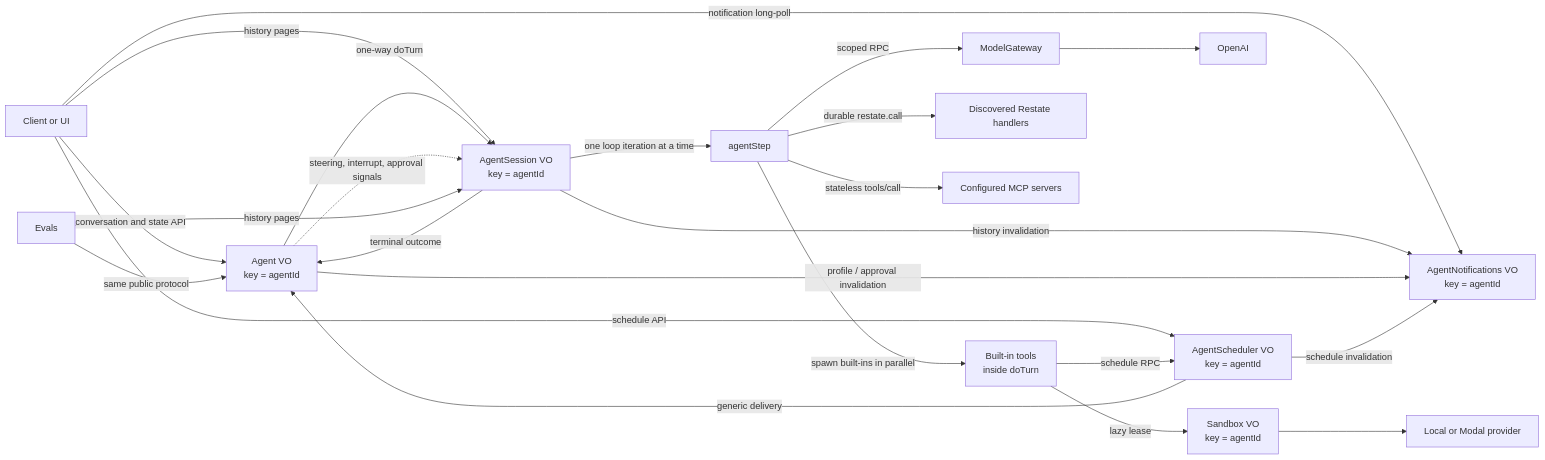
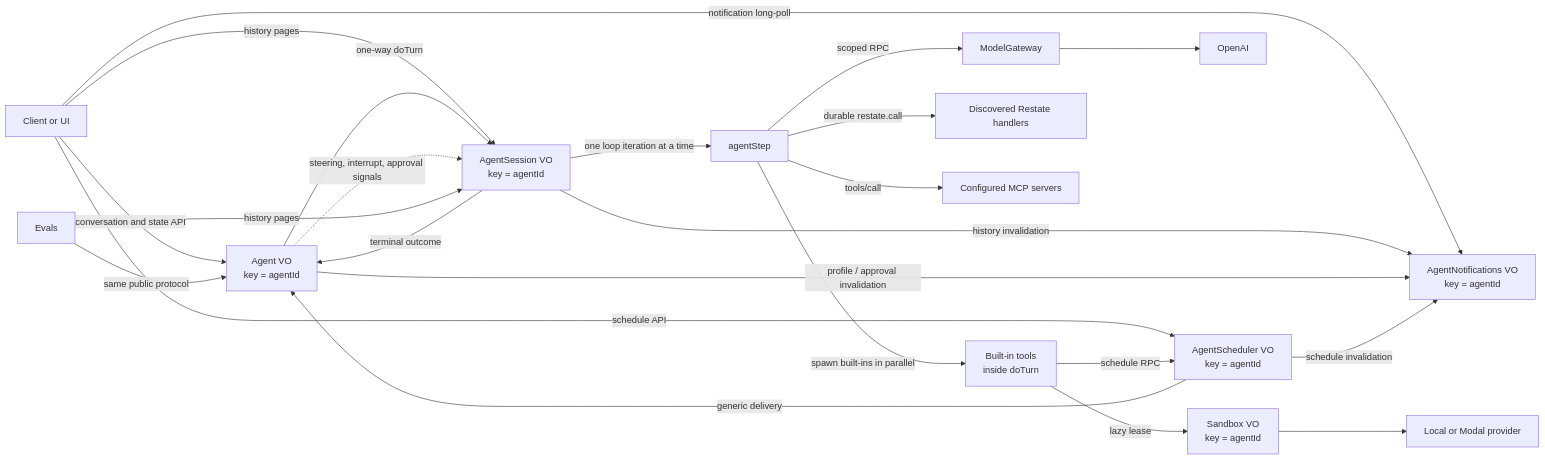
Before and after one commit to restatedev/agent: the diagram in docs/README.md, drawn with Mermaid. The commit also changed other lines of this file and 24 other files, not shown here.

````diff
--- a/docs/README.md
+++ b/docs/README.md
@@ -37,25 +37,25 @@
 ```mermaid
 flowchart LR
   C["Client or UI"] -->|"conversation and state API"| A["Agent VO\nkey = agentId"]
   C -->|"history pages"| S["AgentSession VO\nkey = agentId"]
   C -->|"notification long-poll"| N["AgentNotifications VO\nkey = agentId"]
   C -->|"schedule API"| Q["AgentScheduler VO\nkey = agentId"]
   A -->|"one-way doTurn"| S
   A -.->|"steering, interrupt, approval signals"| S
   S -->|"one loop iteration at a time"| Step["agentStep"]
   Step -->|"scoped RPC"| G["ModelGateway"]
   G --> O["OpenAI"]
   Step -->|"spawn built-ins in parallel"| B["Built-in tools\ninside doTurn"]
   Step -->|"durable restate.call"| D["Discovered Restate handlers"]
-  Step -->|"stateless tools/call"| M["Configured MCP servers"]
+  Step -->|"tools/call"| M["Configured MCP servers"]
   B -->|"schedule RPC"| Q
   B -->|"lazy lease"| X["Sandbox VO\nkey = agentId"]
   X --> P["Local or Modal provider"]
   S -->|"history invalidation"| N
   A -->|"profile / approval invalidation"| N
   Q -->|"schedule invalidation"| N
   Q -->|"generic delivery"| A
   S -->|"terminal outcome"| A
   E["Evals"] -->|"same public protocol"| A
   E -->|"history pages"| S
 ```
````
